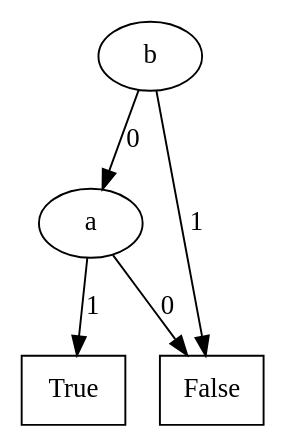
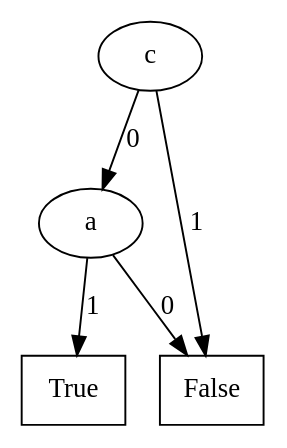
Before and after one commit to lputruele/tesis: the diagram in Mu-calculus_model_checker/f7.dot, drawn with Graphviz. The commit also changed 13 other files, not shown here.

```diff
--- a/Mu-calculus_model_checker/f7.dot
+++ b/Mu-calculus_model_checker/f7.dot
@@ -1,23 +1,23 @@
 digraph BDD {
 node[shape=oval];
-3[label="b"];
+3[label="c"];
 2[label="a"];
 node[shape=rectangle];
 0[label=False];
 node[shape=oval];
 
 2->0[label=0];
 node[shape=rectangle];
 1[label=True];
 node[shape=oval];
 
 2->1[label=1];
 
 3->2[label=0];
 node[shape=rectangle];
 0[label=False];
 node[shape=oval];
 
 3->0[label=1];
 
 }
```
